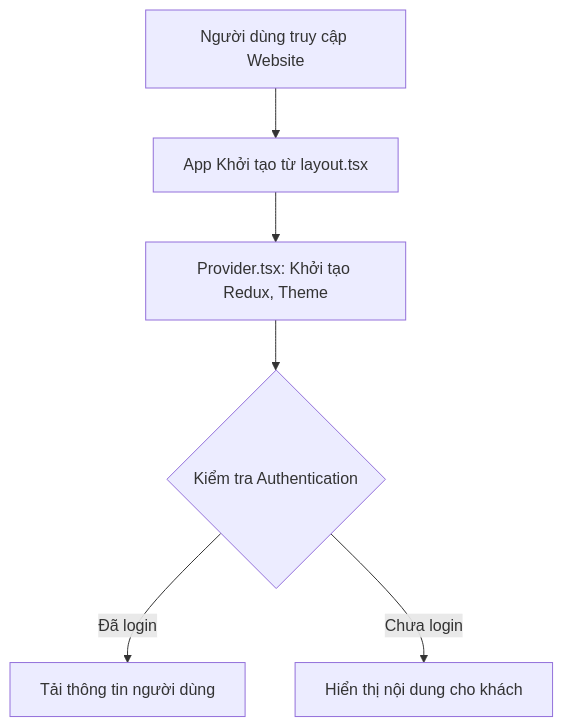
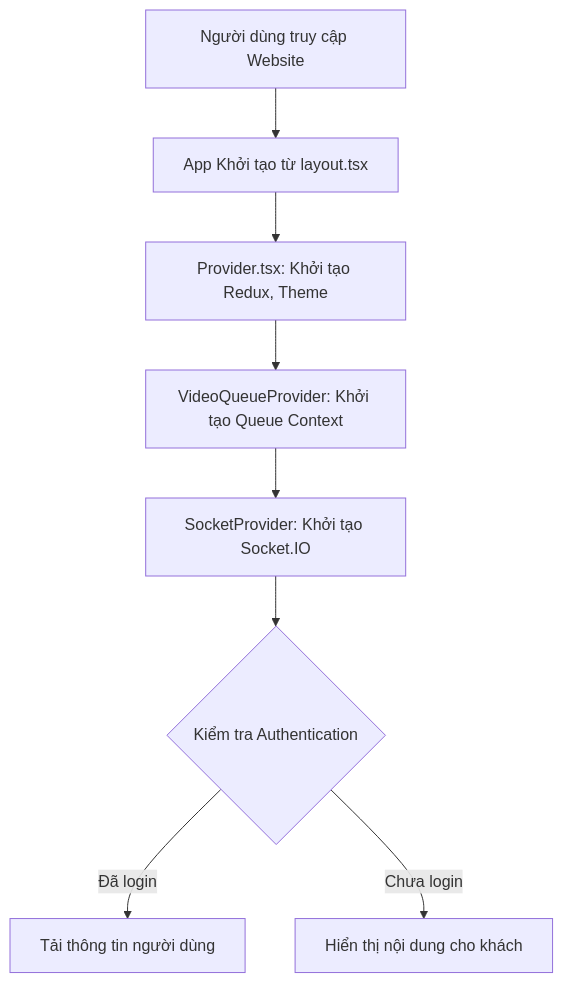
The first of 8 diagrams in memory-banks/frontend-flow.md (lehieu29/Elearning), drawn with Mermaid before and after one commit. The commit also changed other lines of this file and 43 other files, not shown here.

````diff
--- a/memory-banks/frontend-flow.md
+++ b/memory-banks/frontend-flow.md
@@ -61,8 +76,10 @@
 ```mermaid
 graph TD
     A[Người dùng truy cập Website] --> B[App Khởi tạo từ layout.tsx]
     B --> C[Provider.tsx: Khởi tạo Redux, Theme]
-    C --> D{Kiểm tra Authentication}
-    D -->|Đã login| E[Tải thông tin người dùng]
-    D -->|Chưa login| F[Hiển thị nội dung cho khách]
+    C --> D[VideoQueueProvider: Khởi tạo Queue Context]
+    D --> E[SocketProvider: Khởi tạo Socket.IO]
+    E --> F{Kiểm tra Authentication}
+    F -->|Đã login| G[Tải thông tin người dùng]
+    F -->|Chưa login| H[Hiển thị nội dung cho khách]
 ```
````
